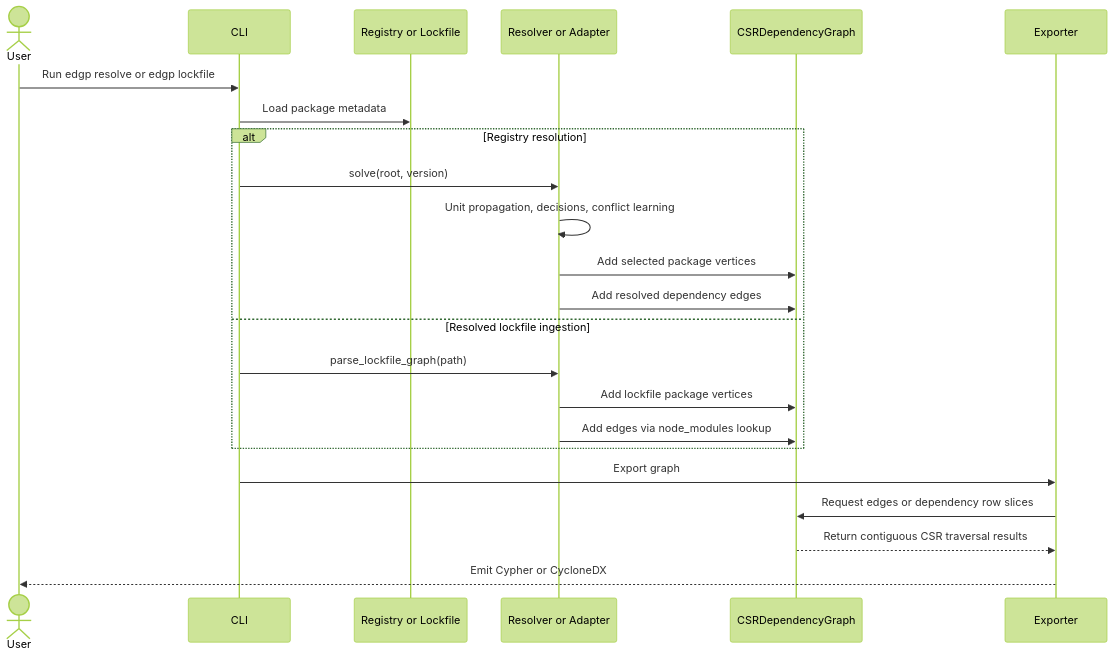
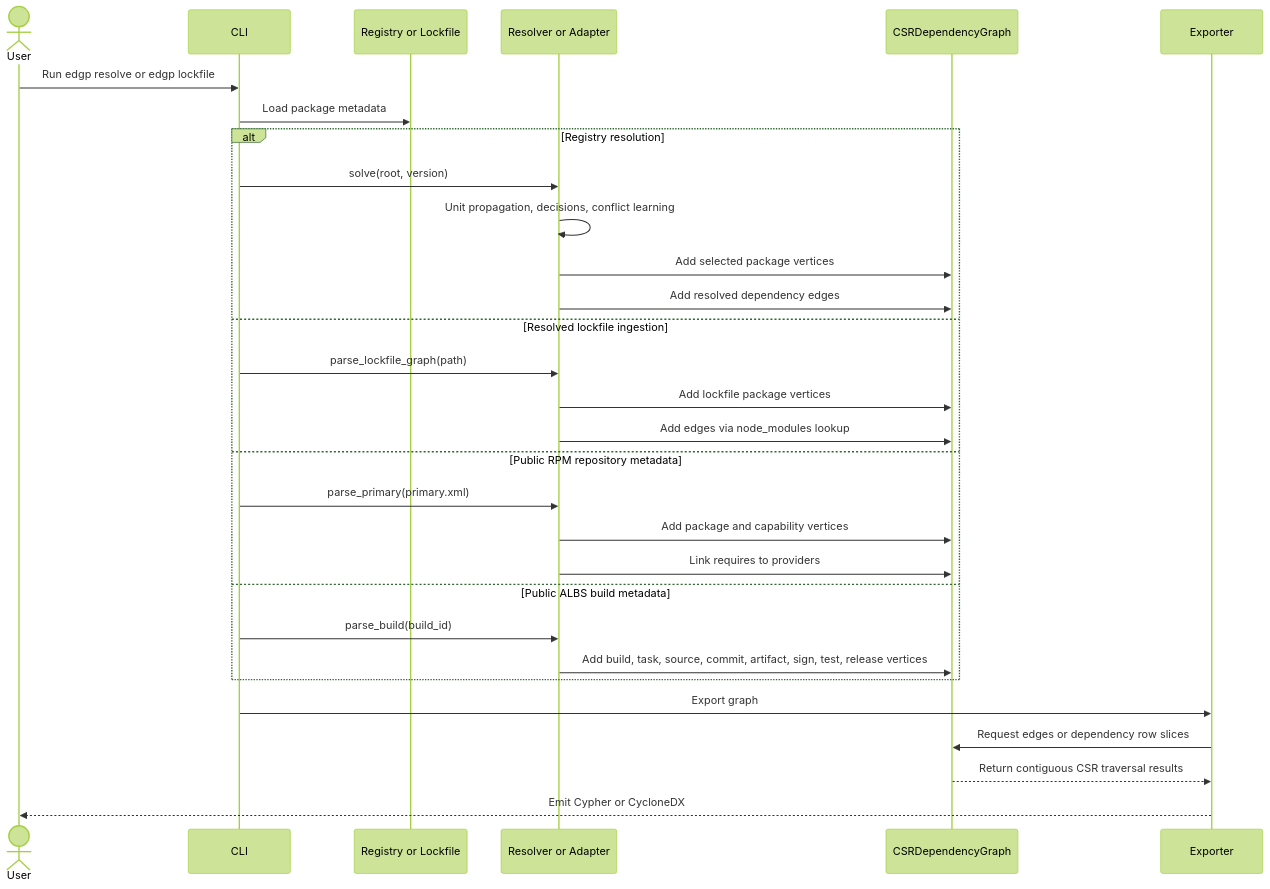
One commit to xsub/EnterpriseLinux-SoftwareSupplyChain changed the second of 2 diagrams in README.md. Above: the diagram before and after it, drawn with Mermaid (forest theme). The commit also changed other lines of this file and 62 other files, not shown here.

Commit message:
Add public ALBS and RPM investigation verticals

````diff
--- a/README.md
+++ b/README.md
@@ -279,26 +329,33 @@
 ```mermaid
 sequenceDiagram
 actor User
 participant CLI
 participant Input as Registry or Lockfile
 participant Builder as Resolver or Adapter
 participant CSR as CSRDependencyGraph
 participant Exporter
 
 User->>CLI: Run edgp resolve or edgp lockfile
 CLI->>Input: Load package metadata
 alt Registry resolution
   CLI->>Builder: solve(root, version)
   Builder->>Builder: Unit propagation, decisions, conflict learning
   Builder->>CSR: Add selected package vertices
   Builder->>CSR: Add resolved dependency edges
 else Resolved lockfile ingestion
   CLI->>Builder: parse_lockfile_graph(path)
   Builder->>CSR: Add lockfile package vertices
   Builder->>CSR: Add edges via node_modules lookup
+else Public RPM repository metadata
+  CLI->>Builder: parse_primary(primary.xml)
+  Builder->>CSR: Add package and capability vertices
+  Builder->>CSR: Link requires to providers
+else Public ALBS build metadata
+  CLI->>Builder: parse_build(build_id)
+  Builder->>CSR: Add build, task, source, commit, artifact, sign, test, release vertices
 end
 CLI->>Exporter: Export graph
 Exporter->>CSR: Request edges or dependency row slices
 CSR-->>Exporter: Return contiguous CSR traversal results
 Exporter-->>User: Emit Cypher or CycloneDX
 ```
````
